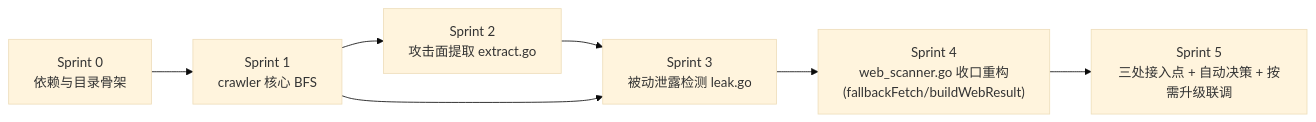
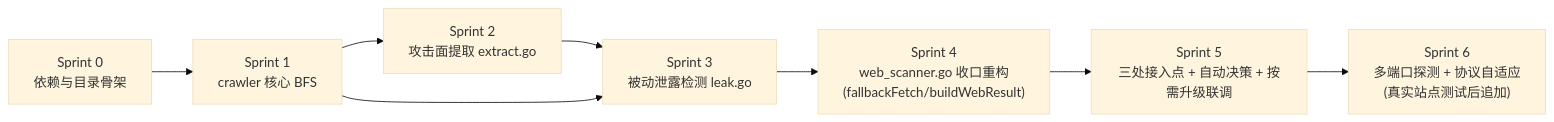
One commit to sun977/NeoScan changed the diagram in neoAgent/docs/爬虫/Web爬虫与被动分析器实施文档-v1.0.md. Above: the diagram before and after it, drawn with Mermaid (base theme). The commit also changed other lines of this file, not shown here.

````diff
--- a/neoAgent/docs/爬虫/Web爬虫与被动分析器实施文档-v1.0.md
+++ b/neoAgent/docs/爬虫/Web爬虫与被动分析器实施文档-v1.0.md
@@ -50,9 +52,10 @@
 ```mermaid
 flowchart LR
     S0["Sprint 0<br/>依赖与目录骨架"] --> S1["Sprint 1<br/>crawler 核心 BFS"]
     S1 --> S2["Sprint 2<br/>攻击面提取 extract.go"]
     S2 --> S3["Sprint 3<br/>被动泄露检测 leak.go"]
     S1 --> S3
     S3 --> S4["Sprint 4<br/>web_scanner.go 收口重构<br/>(fallbackFetch/buildWebResult)"]
     S4 --> S5["Sprint 5<br/>三处接入点 + 自动决策 + 按需升级联调"]
+    S5 --> S6["Sprint 6<br/>多端口探测 + 协议自适应<br/>(真实站点测试后追加)"]
 ```
````
